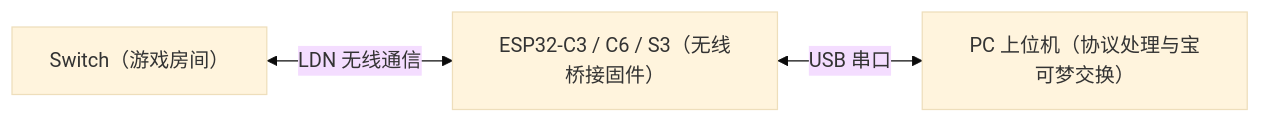
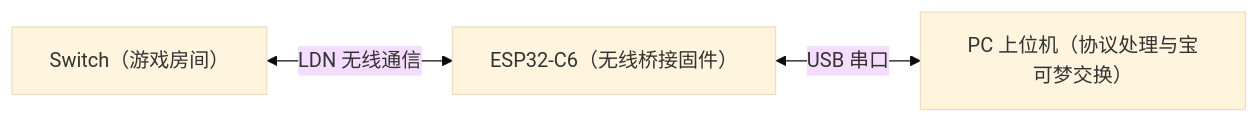
The diagram in README.md (easyworld/frlg-ldn-trade-esp32), drawn with Mermaid (base theme) before and after one commit. The commit also changed other lines of this file and 4 other files, not shown here.

````diff
--- a/README.md
+++ b/README.md
@@ -13,5 +13,5 @@
 ```mermaid
 flowchart LR
-    Switch["Switch（游戏房间）"] <-->|LDN 无线通信| ESP32["ESP32-C3 / C6 / S3（无线桥接固件）"]
+    Switch["Switch（游戏房间）"] <-->|LDN 无线通信| ESP32["ESP32-C6（无线桥接固件）"]
     ESP32 <-->|USB 串口| PC["PC 上位机（协议处理与宝可梦交换）"]
 ```
````
